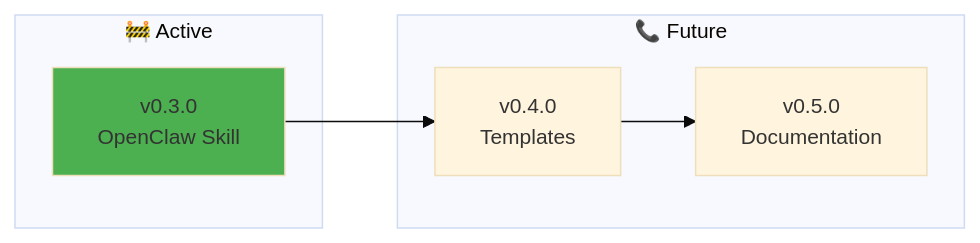
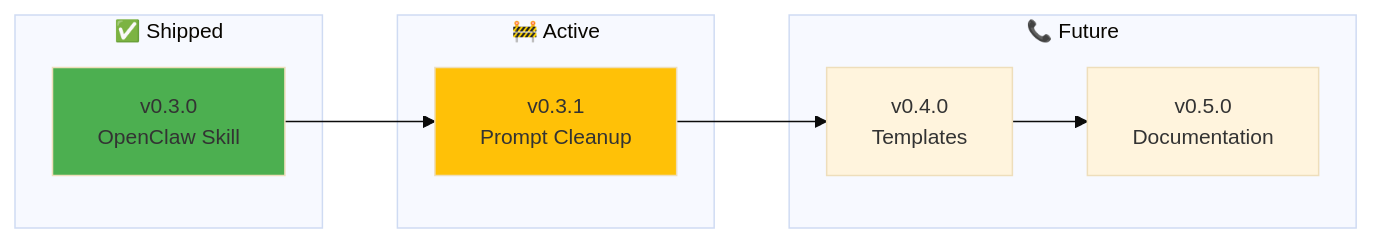
One commit to nonlinear/backstage changed the diagram in backstage/ROADMAP.md. Above: the diagram before and after it, drawn with Mermaid. The commit also changed other lines of this file, not shown here.

Commit message:
feat: add v0.3.1 epic (prompt cleanup) + policy design exercise

````diff
--- a/backstage/ROADMAP.md
+++ b/backstage/ROADMAP.md
@@ -50,17 +70,23 @@
 ```mermaid
 %%{init: {'theme':'base', 'themeVariables': { 'fontSize':'14px'}}}%%
 graph LR
+    subgraph "✅ Shipped"
+        V03[v0.3.0<br/>OpenClaw Skill]
+    end
+    
     subgraph "🚧 Active"
-        V03[v0.3.0<br/>OpenClaw Skill]
+        V031[v0.3.1<br/>Prompt Cleanup]
     end
     
     subgraph "📞 Future"
         V04[v0.4.0<br/>Templates]
         V05[v0.5.0<br/>Documentation]
     end
 
-    V03 --> V04
+    V03 --> V031
+    V031 --> V04
     V04 --> V05
     
     style V03 fill:#4CAF50
+    style V031 fill:#FFC107
 ```
````
